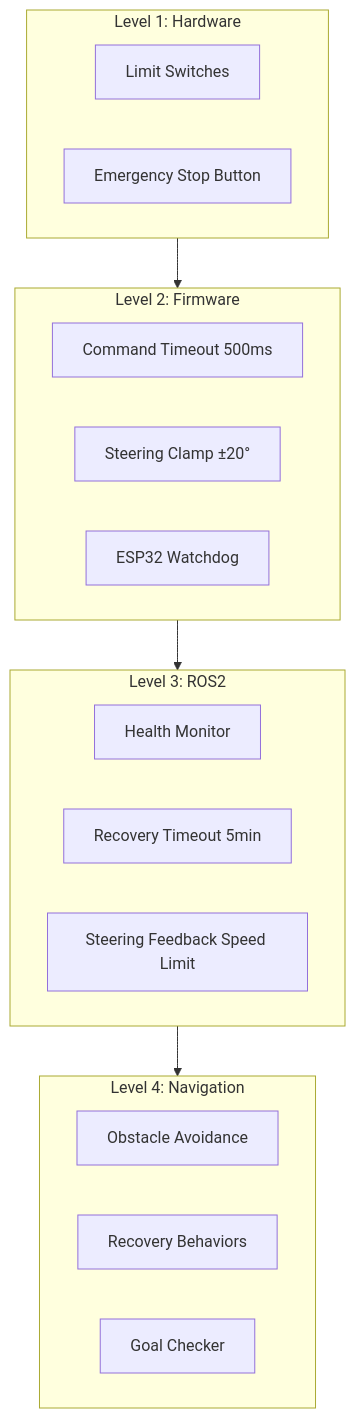
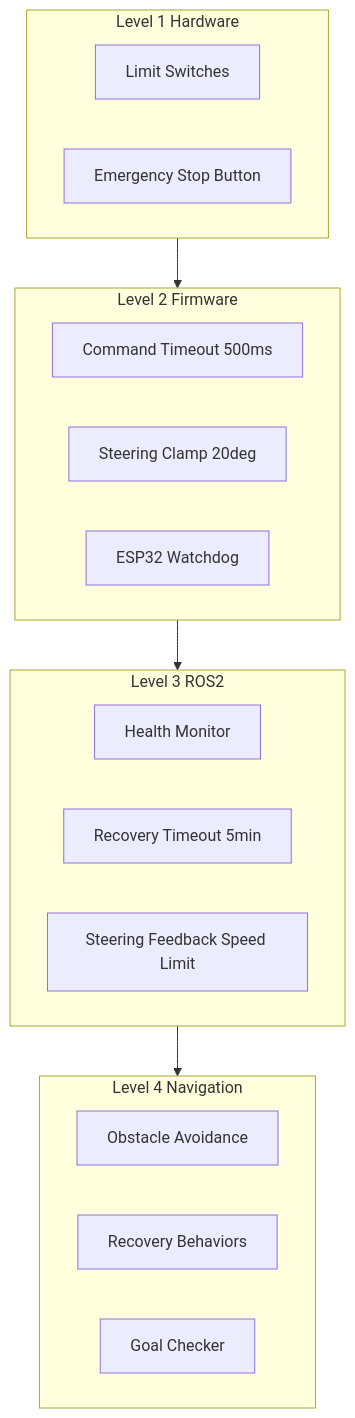
Before and after one commit to KashmeeraTT/Ackerman_UGV: diagram 13 of 13 in SYSTEM_DOCUMENTATION.md, drawn with Mermaid. The commit also changed other lines of this file, not shown here.

Commit message:
docs: Simplify mermaid diagram labels, subgraph titles, and minor text for improved readability.

````diff
--- a/SYSTEM_DOCUMENTATION.md
+++ b/SYSTEM_DOCUMENTATION.md
@@ -632,29 +631,29 @@
 ```mermaid
 flowchart TB
-    subgraph L1["Level 1: Hardware"]
+    subgraph L1[Level 1 Hardware]
         LS[Limit Switches]
         ES[Emergency Stop Button]
     end
     
-    subgraph L2["Level 2: Firmware"]
+    subgraph L2[Level 2 Firmware]
         TO[Command Timeout 500ms]
-        SC[Steering Clamp ±20°]
+        SC[Steering Clamp 20deg]
         WD[ESP32 Watchdog]
     end
     
-    subgraph L3["Level 3: ROS2"]
+    subgraph L3[Level 3 ROS2]
         HM[Health Monitor]
         RT[Recovery Timeout 5min]
         SF[Steering Feedback Speed Limit]
     end
     
-    subgraph L4["Level 4: Navigation"]
+    subgraph L4[Level 4 Navigation]
         OA[Obstacle Avoidance]
         RB[Recovery Behaviors]
         GC[Goal Checker]
     end
     
     L1 --> L2
     L2 --> L3
     L3 --> L4
 ```
````
